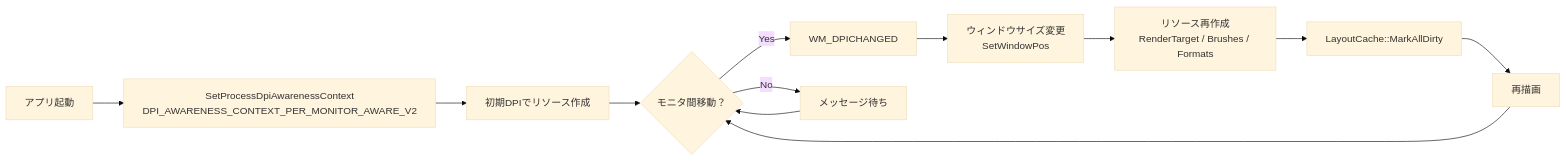
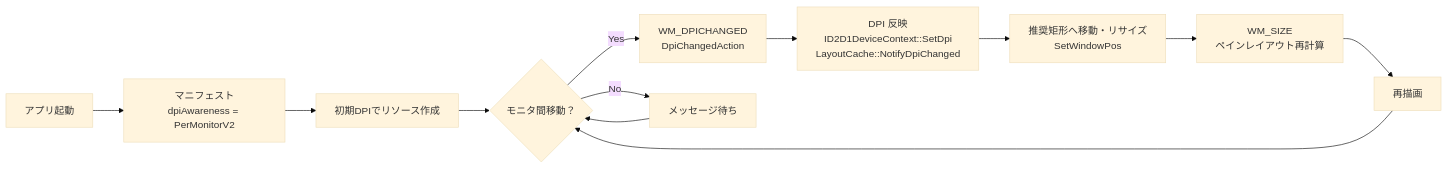
Before and after one commit to tanaton/mendo: diagram 22 of 27 in example/test.md, drawn with Mermaid (base theme). The commit also changed other lines of this file and 2 other files, not shown here.

````diff
--- a/example/test.md
+++ b/example/test.md
@@ -3274,14 +3453,14 @@
 ```mermaid
 flowchart LR
-    START[アプリ起動] --> SET[SetProcessDpiAwarenessContext<br>DPI_AWARENESS_CONTEXT_PER_MONITOR_AWARE_V2]
+    START[アプリ起動] --> SET[マニフェスト<br>dpiAwareness = PerMonitorV2]
     SET --> INIT[初期DPIでリソース作成]
     INIT --> MOVE{モニタ間移動？}
-    MOVE -->|Yes| WM[WM_DPICHANGED]
-    WM --> RESIZE[ウィンドウサイズ変更<br>SetWindowPos]
-    RESIZE --> RECREATE[リソース再作成<br>RenderTarget / Brushes / Formats]
-    RECREATE --> RELAYOUT[LayoutCache::MarkAllDirty]
+    MOVE -->|Yes| WM[WM_DPICHANGED<br>DpiChangedAction]
+    WM --> RECREATE[DPI 反映<br>ID2D1DeviceContext::SetDpi<br>LayoutCache::NotifyDpiChanged]
+    RECREATE --> RESIZE[推奨矩形へ移動・リサイズ<br>SetWindowPos]
+    RESIZE --> RELAYOUT[WM_SIZE<br>ペインレイアウト再計算]
     RELAYOUT --> REPAINT[再描画]
     REPAINT --> MOVE
     MOVE -->|No| WAIT[メッセージ待ち]
     WAIT --> MOVE
 ```
````
